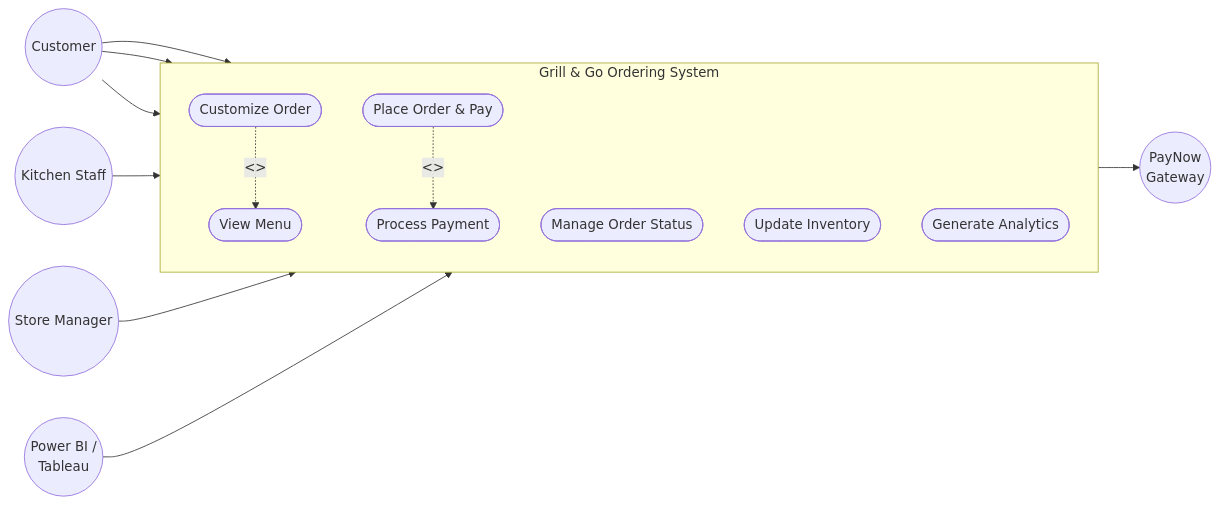
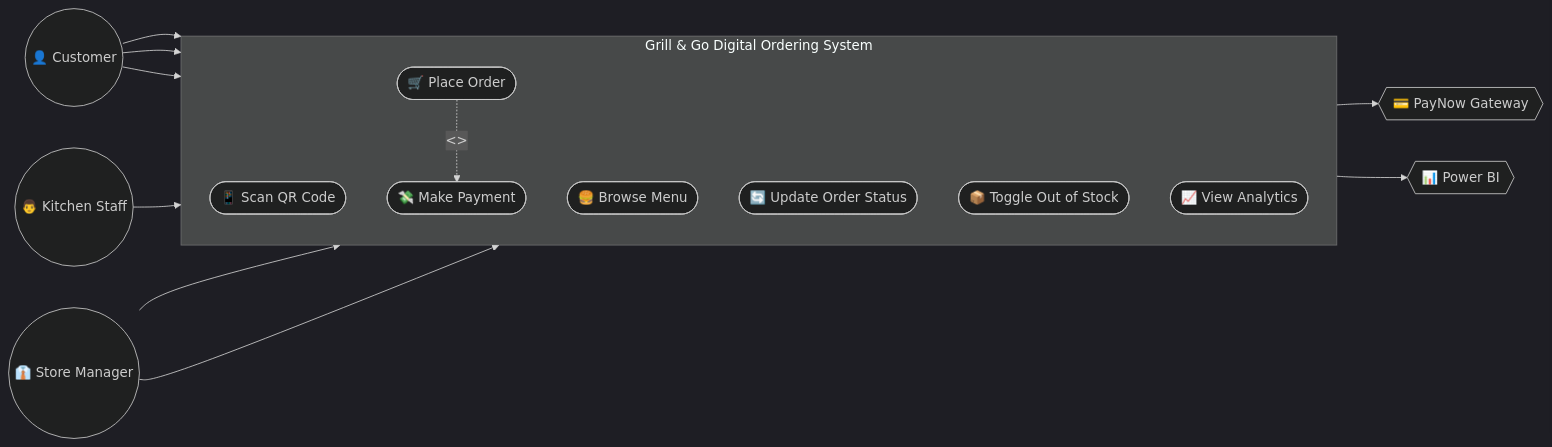
Before and after one commit to lesandudulneth-cloud/Grill-and-go-Group-Kaveesha-Lesandu-Batman: the diagram in 01_User_Requirements_Specification.md, drawn with Mermaid. The commit also changed other lines of this file, not shown here.

Commit message:
01_User_Requirements_Specification.md

````diff
--- a/01_User_Requirements_Specification.md
+++ b/01_User_Requirements_Specification.md
@@ -49,34 +48,63 @@
 ```mermaid
+
+%%{init: {'theme': 'dark'}}%%
+
 flowchart LR
-    %% --- ACTORS ---
-    Customer((Customer))
-    Kitchen((Kitchen Staff))
-    Manager((Store Manager))
-    PayNow((PayNow\nGateway))
-    BI((Power BI /\nTableau))
+
+    %% Human Actors (Circles)
+
+    C(("👤 Customer"))
+
+    KS(("👨‍ Kitchen Staff"))
+
+    SM(("👔 Store Manager"))
  
-    %% --- SYSTEM BOUNDARY ---
-    subgraph GrillAndGo [Grill & Go Ordering System]
+    %% System Actors (Hexagons)
+
+    PN{{"💳 PayNow Gateway"}}
+
+    BI{{"📊 Power BI"}}
+ 
+    %% System Boundary
+
+    subgraph System ["Grill & Go Digital Ordering System"]
+
         direction TB
-        UC1([View Menu])
-        UC2([Customize Order])
-        UC3([Place Order & Pay])
-        UC4([Process Payment])
-        UC5([Manage Order Status])
-        UC6([Update Inventory])
-        UC7([Generate Analytics])
+
+        UC1(["📱 Scan QR Code"])
+
+        UC2(["🍔 Browse Menu"])
+
+        UC3(["🛒 Place Order"])
+
+        UC4(["💸 Make Payment"])
+
+        UC5(["🔄 Update Order Status"])
+
+        UC6(["📦 Toggle Out of Stock"])
+
+        UC7(["📈 View Analytics"])
+
     end
  
-    %% --- PRIMARY ASSOCIATIONS ---
-    Customer --> UC1
-    Customer --> UC2
-    Customer --> UC3
-    Kitchen --> UC5
-    Manager --> UC6
-    BI --> UC7
-    UC3 --> PayNow
+    %% Relationships & Interactions
+
+    C --> UC1
+
+    C --> UC2
+
+    C --> UC3
  
-    %% --- INCLUDE DEPENDENCIES ---
-    UC2 -. <<include>> .-> UC1
-    UC3 -. <<include>> .-> UC4
+    UC3 -.->|<<include>>| UC4
+
+    UC4 --> PN
+ 
+    KS --> UC5
+ 
+    SM --> UC6
+
+    SM --> UC7
+
+    UC7 --> BI
+ 
 ```
````
